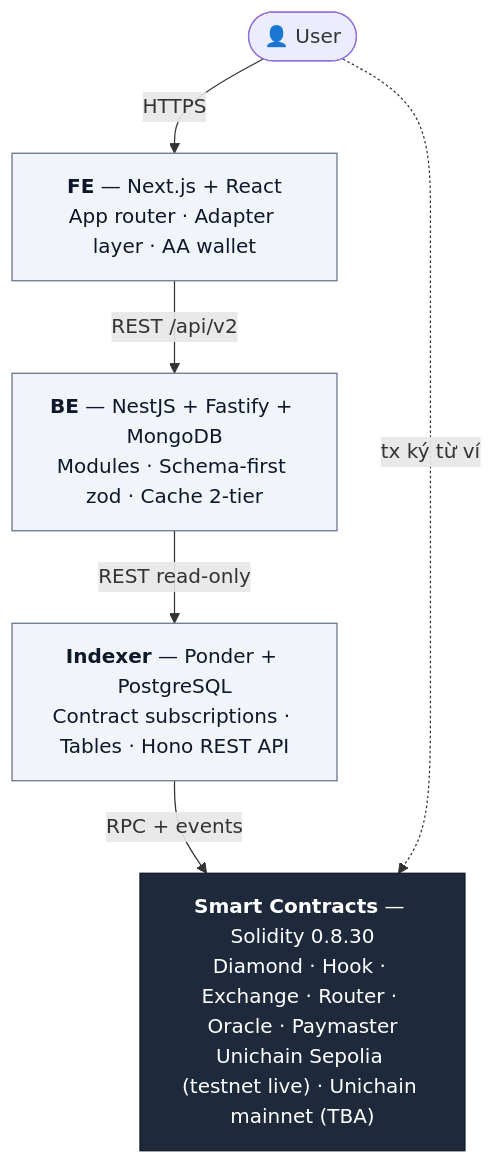
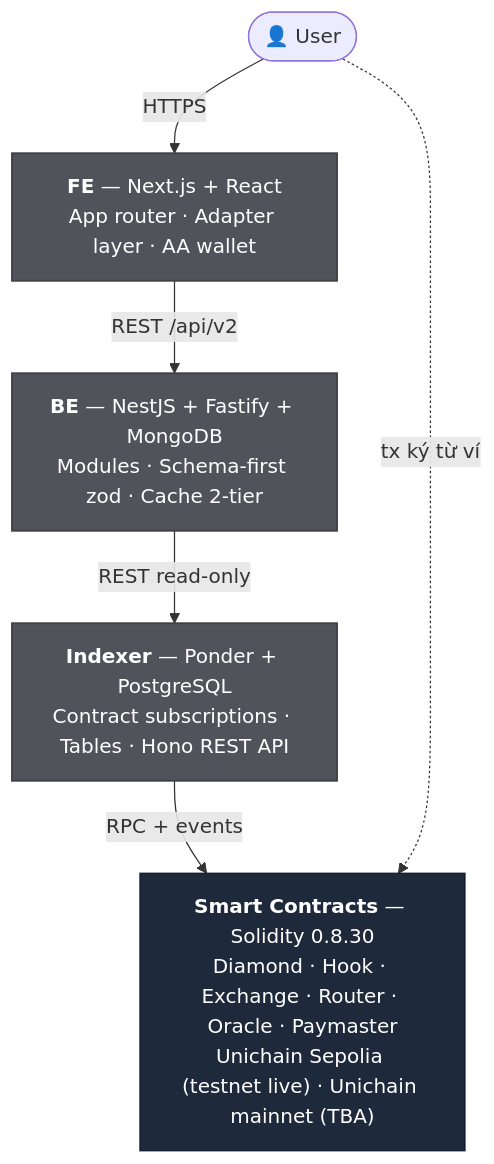
Before and after one commit to PrediX-Protocol/predix-docs: the diagram in vi_v6/giao-thuc/README.md, drawn with Mermaid. The commit also changed 32 other files, not shown here.

First line of the commit message:
docs(vi_v6): redesign Mermaid theme — solid mid-tone palette + dark theme

````diff
--- a/vi_v6/giao-thuc/README.md
+++ b/vi_v6/giao-thuc/README.md
@@ -7,19 +7,19 @@
 ```mermaid
 flowchart TB
     User([👤 User])
     FE["<b>FE</b> — Next.js + React<br/>App router · Adapter layer · AA wallet"]
     BE["<b>BE</b> — NestJS + Fastify + MongoDB<br/>Modules · Schema-first zod · Cache 2-tier"]
     IDX["<b>Indexer</b> — Ponder + PostgreSQL<br/>Contract subscriptions · Tables · Hono REST API"]
     SC["<b>Smart Contracts</b> — Solidity 0.8.30<br/>Diamond · Hook · Exchange · Router · Oracle · Paymaster<br/>Unichain Sepolia (testnet live) · Unichain mainnet (TBA)"]
 
     User -->|HTTPS| FE
     FE -->|REST /api/v2| BE
     BE -->|REST read-only| IDX
     IDX -->|RPC + events| SC
     User -.->|tx ký từ ví| SC
 
     classDef ground fill:#1e293b,stroke:#0f172a,color:#fff
-    classDef layer fill:#f1f5f9,stroke:#64748b,color:#0f172a
+    classDef layer fill:#52525b,stroke:#3f3f46,color:#fff,stroke-width:1.5px
     class SC ground
     class FE,BE,IDX layer
 ```
````
